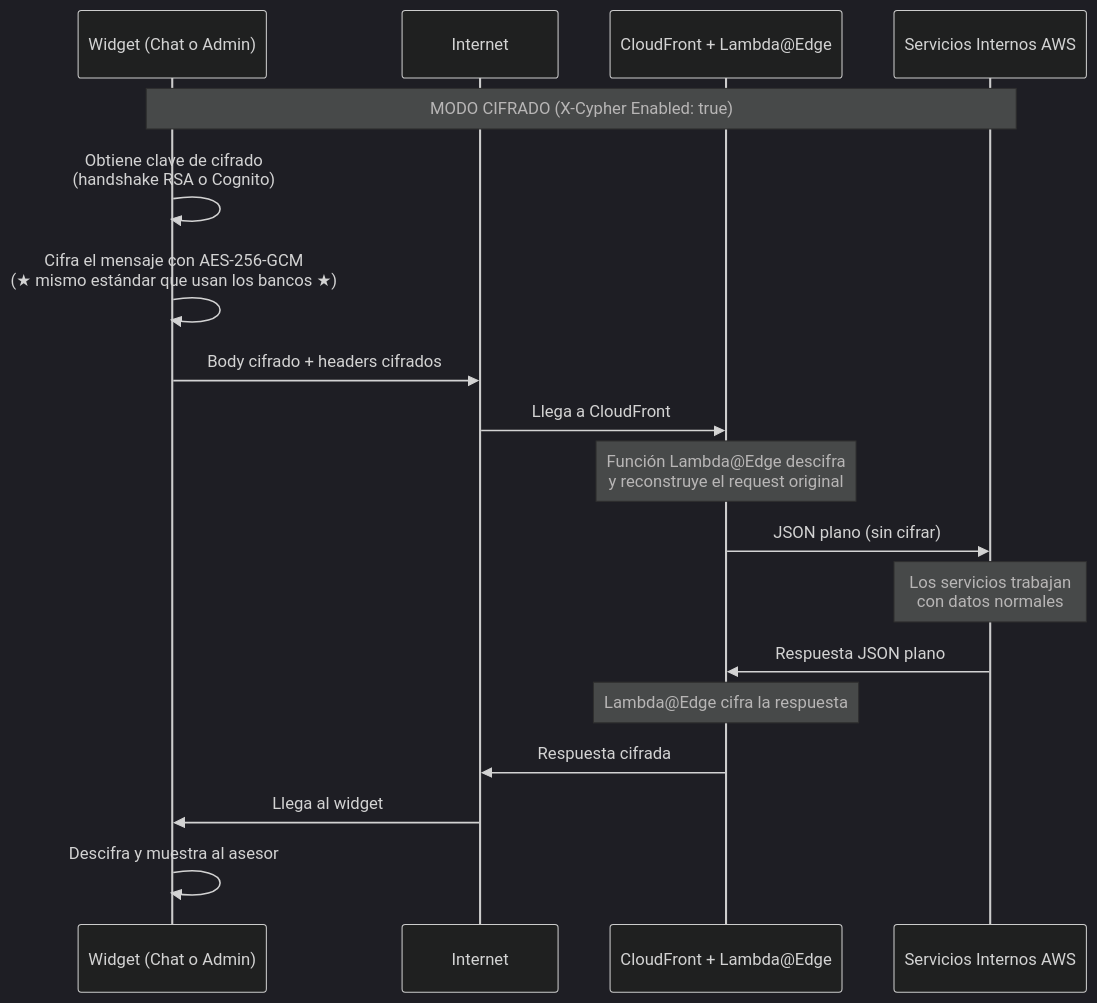
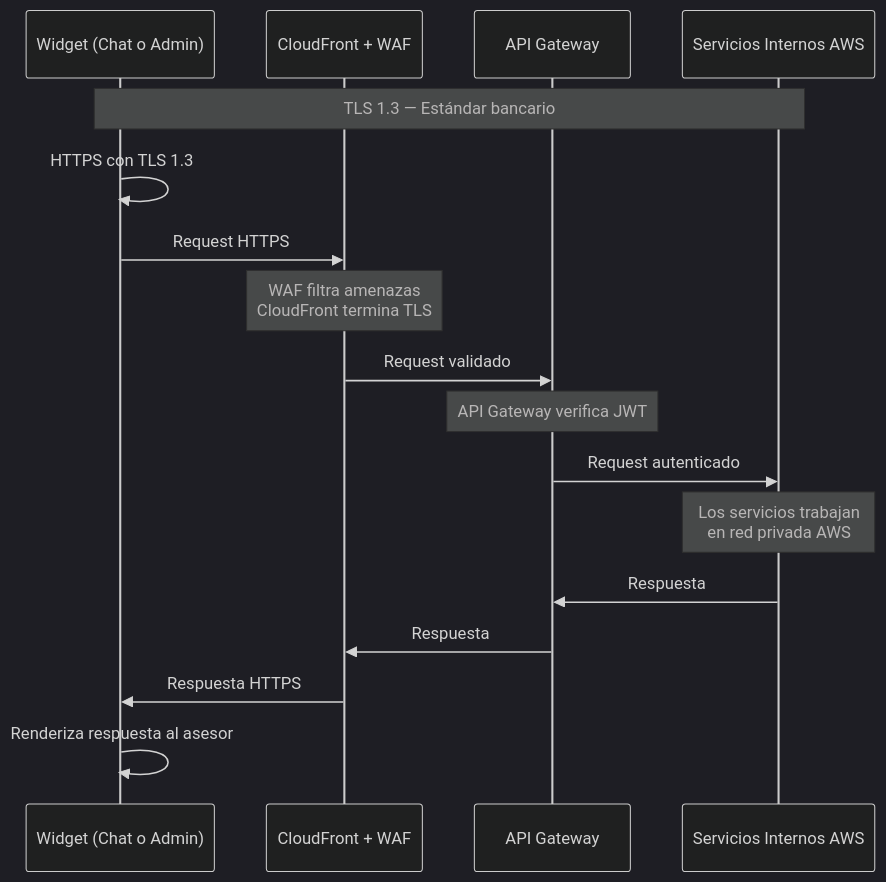
One commit to johnruedal96/capillas changed diagram 14 of 16 in docs/presentacion_tecnica.md. Above: the diagram before and after it, drawn with Mermaid (dark theme). The commit also changed other lines of this file and 1 other file, not shown here.

Commit message:
update cypher

````diff
--- a/docs/presentacion_tecnica.md
+++ b/docs/presentacion_tecnica.md
@@ -637,24 +637,22 @@
 ```mermaid
 sequenceDiagram
     participant W as Widget (Chat o Admin)
-    participant I as Internet
-    participant E as CloudFront + Lambda@Edge
+    participant C as CloudFront + WAF
+    participant G as API Gateway
     participant S as Servicios Internos AWS
 
-    Note over W,S: MODO CIFRADO (X-Cypher Enabled: true)
+    Note over W,S: TLS 1.3 — Estándar bancario
 
-    W->>W: Obtiene clave de cifrado<br/>(handshake RSA o Cognito)
-    W->>W: Cifra el mensaje con AES-256-GCM<br/>(★ mismo estándar que usan los bancos ★)
-    W->>I: Body cifrado + headers cifrados
-    I->>E: Llega a CloudFront
+    W->>W: HTTPS con TLS 1.3
+    W->>C: Request HTTPS
+    Note over C: WAF filtra amenazas<br/>CloudFront termina TLS
+    C->>G: Request validado
+    Note over G: API Gateway verifica JWT
+    G->>S: Request autenticado
+    Note over S: Los servicios trabajan<br/>en red privada AWS
 
-    Note over E: Función Lambda@Edge descifra<br/>y reconstruye el request original
-    E->>S: JSON plano (sin cifrar)
-    Note over S: Los servicios trabajan<br/>con datos normales
-
-    S->>E: Respuesta JSON plano
-    Note over E: Lambda@Edge cifra la respuesta
-    E->>I: Respuesta cifrada
-    I->>W: Llega al widget
-    W->>W: Descifra y muestra al asesor
+    S->>G: Respuesta
+    G->>C: Respuesta
+    C->>W: Respuesta HTTPS
+    W->>W: Renderiza respuesta al asesor
 ```
````
